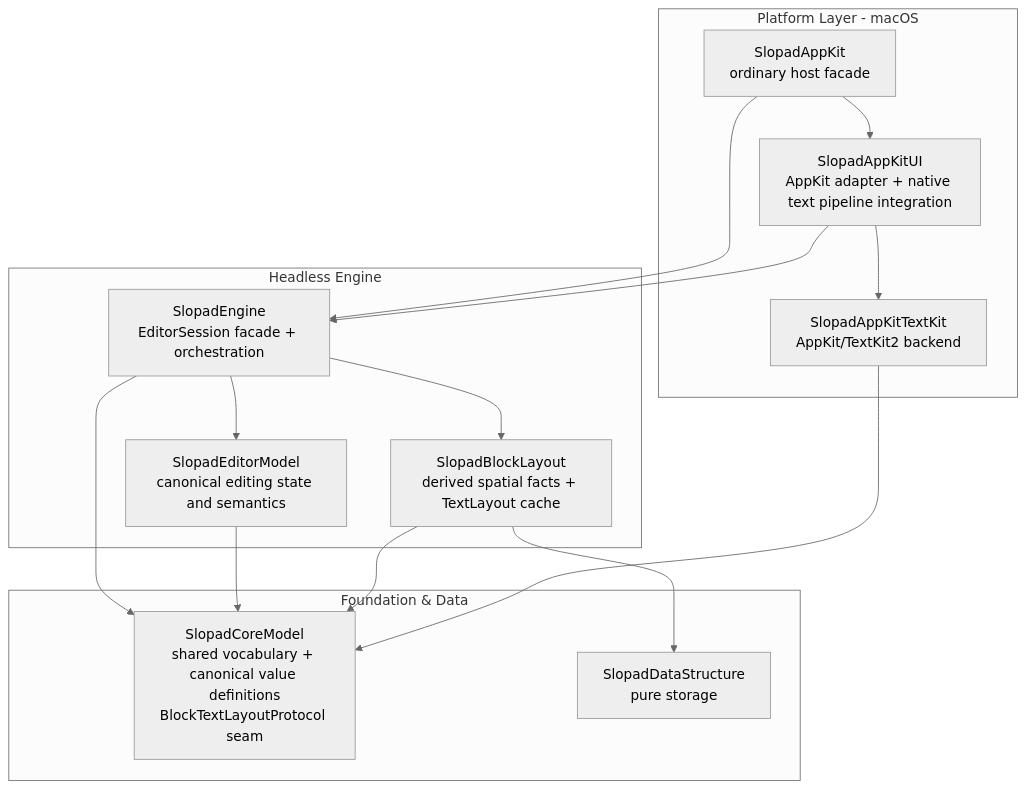
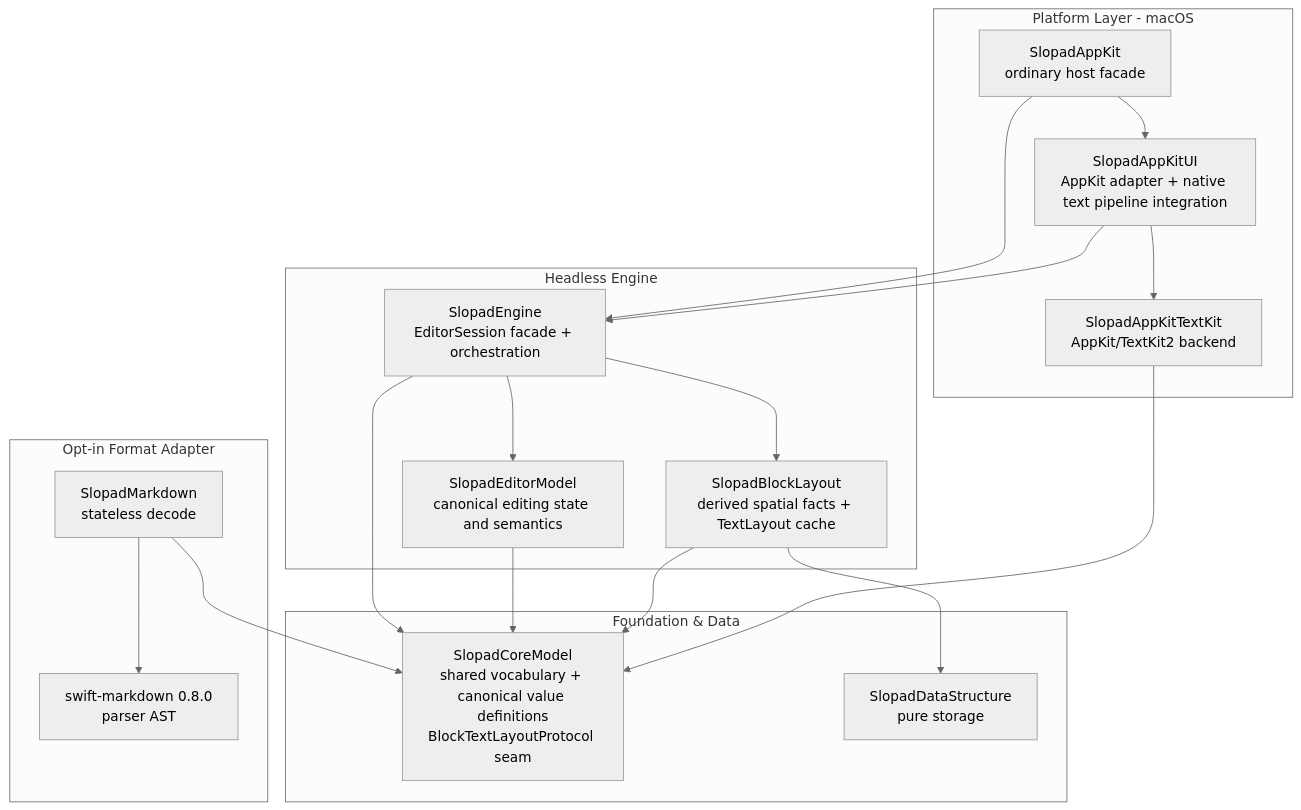
One commit to hot666666/SlopadEditor changed the first of 7 diagrams in docs/ARCHITECTURE.md. Above: the diagram before and after it, drawn with Mermaid (neutral theme). The commit also changed other lines of this file and 15 other files, not shown here.

Commit message:
feat(markdown): decode into canonical block inputs

````diff
--- a/docs/ARCHITECTURE.md
+++ b/docs/ARCHITECTURE.md
@@ -20,33 +20,40 @@
 ```mermaid
 flowchart TB
     subgraph Platform["Platform Layer - macOS"]
         AppKit["SlopadAppKit<br/>ordinary host facade"]
         AppKitUI["SlopadAppKitUI<br/>AppKit adapter + native text pipeline integration"]
         AppKitTextKit["SlopadAppKitTextKit<br/>AppKit/TextKit2 backend"]
     end
 
     subgraph Headless["Headless Engine"]
         Engine["SlopadEngine<br/>EditorSession facade + orchestration"]
         EditorModel["SlopadEditorModel<br/>canonical editing state and semantics"]
         BlockLayout["SlopadBlockLayout<br/>derived spatial facts + TextLayout cache"]
     end
 
     subgraph Foundation["Foundation & Data"]
         CoreModel["SlopadCoreModel<br/>shared vocabulary + canonical value definitions<br/>BlockTextLayoutProtocol seam"]
         DataStructure["SlopadDataStructure<br/>pure storage"]
     end
 
+    subgraph Format["Opt-in Format Adapter"]
+        MarkdownAdapter["SlopadMarkdown<br/>stateless decode"]
+        SwiftMarkdown["swift-markdown 0.8.0<br/>parser AST"]
+    end
+
     AppKit --> AppKitUI
     AppKit --> Engine
     AppKitUI --> Engine
     AppKitUI --> AppKitTextKit
 
     Engine --> EditorModel
     Engine --> BlockLayout
     Engine --> CoreModel
 
     EditorModel --> CoreModel
     BlockLayout --> CoreModel
     BlockLayout --> DataStructure
     AppKitTextKit --> CoreModel
+    MarkdownAdapter --> CoreModel
+    MarkdownAdapter --> SwiftMarkdown
 ```
````
